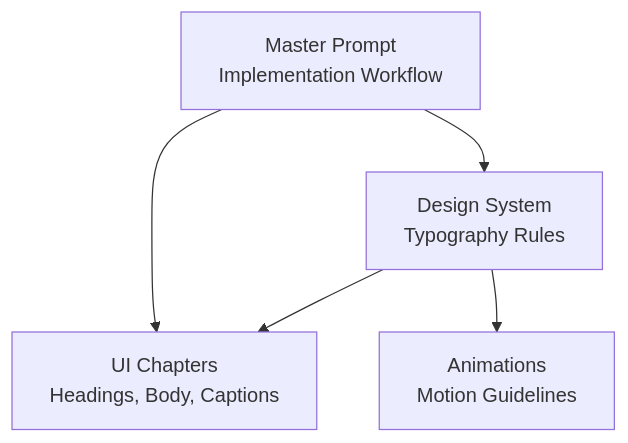
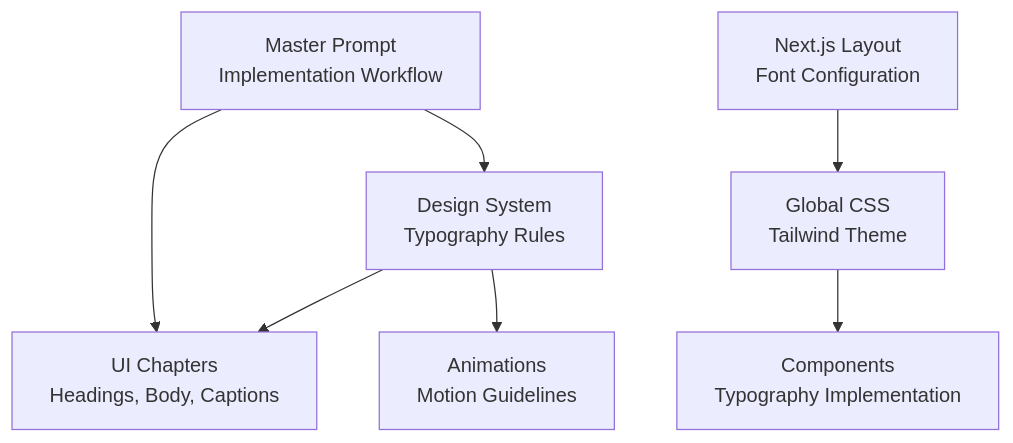
The first of 3 diagrams in .qoder/repowiki/en/content/Design System Reference/Typography & Font System.md (quangkiet1/anh-xin-loi), drawn with Mermaid before and after one commit. The commit also changed other lines of this file and 13 other files, not shown here.

````diff
--- a/.qoder/repowiki/en/content/Design System Reference/Typography & Font System.md
+++ b/.qoder/repowiki/en/content/Design System Reference/Typography & Font System.md
@@ -35,7 +48,9 @@
 ```mermaid
 graph TB
 DS["Design System<br/>Typography Rules"] --> UI["UI Chapters<br/>Headings, Body, Captions"]
 DS --> ANIM["Animations<br/>Motion Guidelines"]
 MP["Master Prompt<br/>Implementation Workflow"] --> DS
 MP --> UI
+NL["Next.js Layout<br/>Font Configuration"] --> CSS["Global CSS<br/>Tailwind Theme"]
+CSS --> Components["Components<br/>Typography Implementation"]
 ```
````
